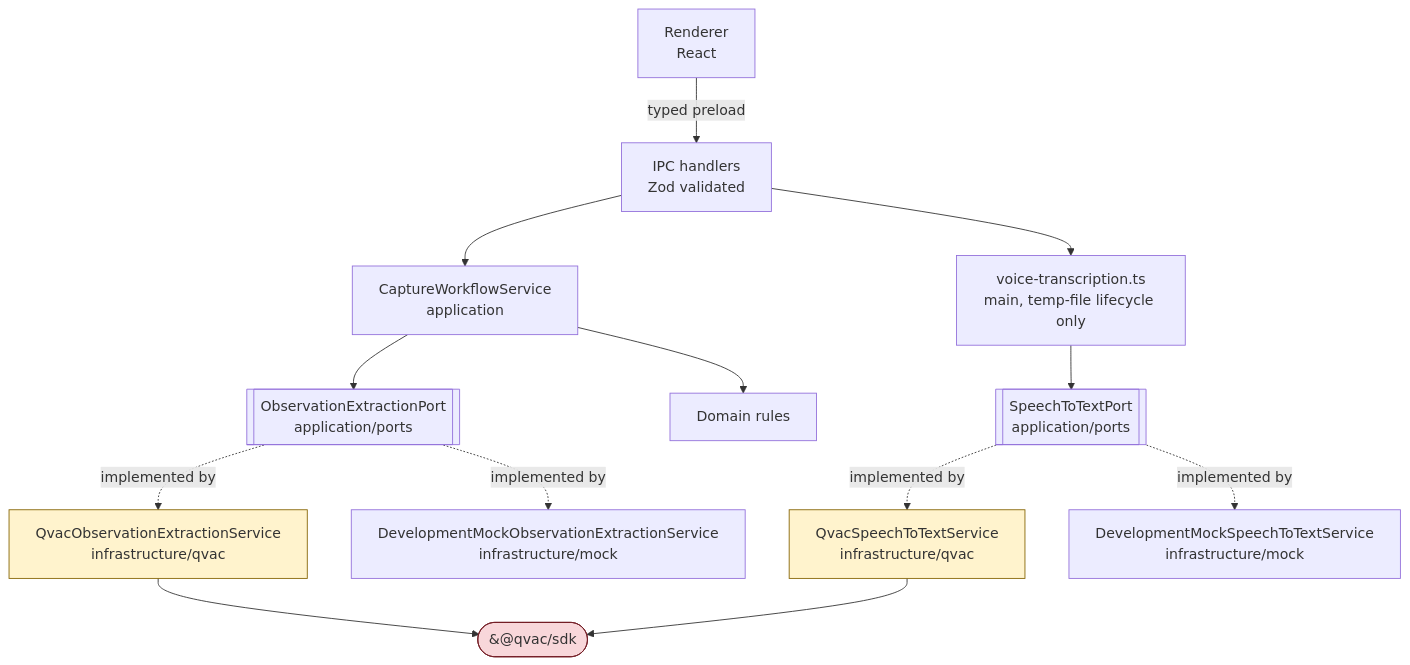
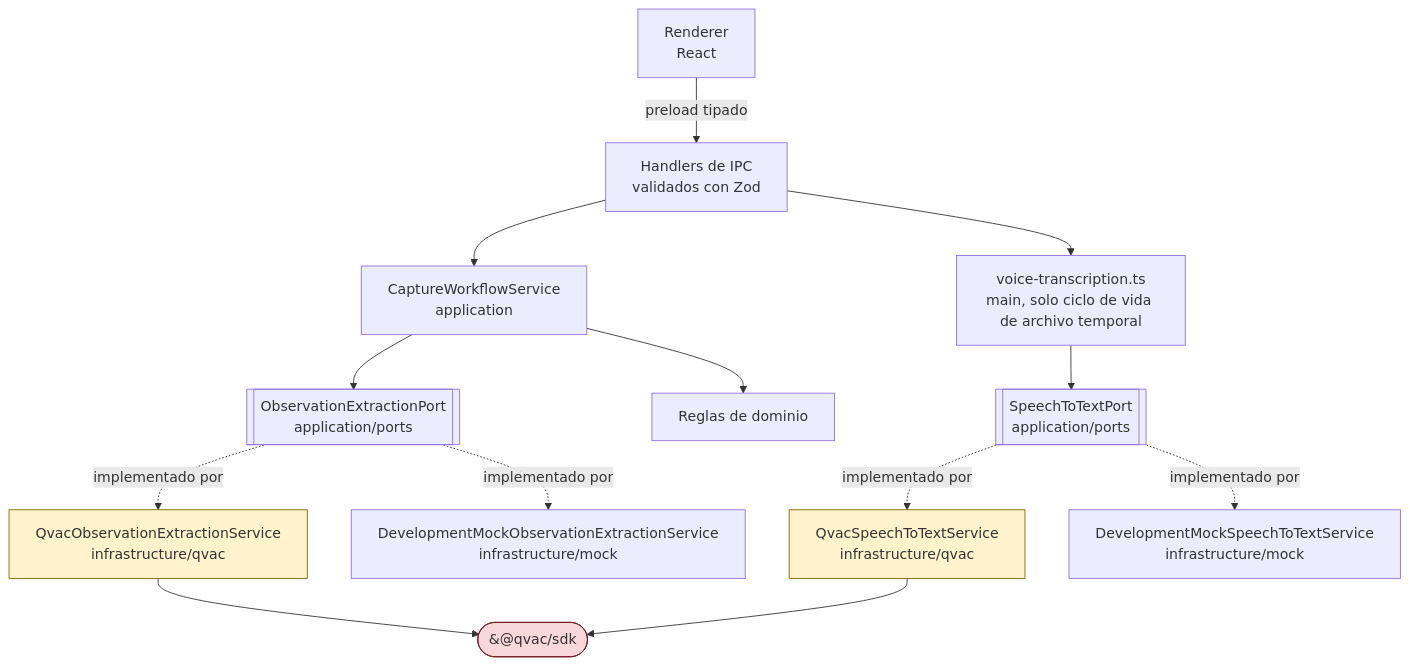
One commit to MrFengH/Lua_Base_Intellingece changed the diagram in docs/QVAC_ARCHITECTURE.md. Above: the diagram before and after it, drawn with Mermaid. The commit also changed other lines of this file and 26 other files, not shown here.

````diff
--- a/docs/QVAC_ARCHITECTURE.md
+++ b/docs/QVAC_ARCHITECTURE.md
@@ -11,19 +11,19 @@
 ```mermaid
 flowchart TB
-  R[Renderer<br/>React] -->|typed preload| I[IPC handlers<br/>Zod validated]
+  R[Renderer<br/>React] -->|preload tipado| I[Handlers de IPC<br/>validados con Zod]
   I --> W[CaptureWorkflowService<br/>application]
-  I --> VT[voice-transcription.ts<br/>main, temp-file lifecycle only]
+  I --> VT[voice-transcription.ts<br/>main, solo ciclo de vida de archivo temporal]
   W --> P[[ObservationExtractionPort<br/>application/ports]]
   VT --> ST[[SpeechToTextPort<br/>application/ports]]
-  P -. implemented by .-> Q[QvacObservationExtractionService<br/>infrastructure/qvac]
-  P -. implemented by .-> M[DevelopmentMockObservationExtractionService<br/>infrastructure/mock]
-  ST -. implemented by .-> QS[QvacSpeechToTextService<br/>infrastructure/qvac]
-  ST -. implemented by .-> MS[DevelopmentMockSpeechToTextService<br/>infrastructure/mock]
+  P -. implementado por .-> Q[QvacObservationExtractionService<br/>infrastructure/qvac]
+  P -. implementado por .-> M[DevelopmentMockObservationExtractionService<br/>infrastructure/mock]
+  ST -. implementado por .-> QS[QvacSpeechToTextService<br/>infrastructure/qvac]
+  ST -. implementado por .-> MS[DevelopmentMockSpeechToTextService<br/>infrastructure/mock]
   Q --> SDK([&#64;qvac/sdk])
   QS --> SDK
-  W --> D[Domain rules]
+  W --> D[Reglas de dominio]
 
   style Q fill:#fff3cd,stroke:#856404
   style QS fill:#fff3cd,stroke:#856404
   style SDK fill:#f8d7da,stroke:#721c24
 ```
````
